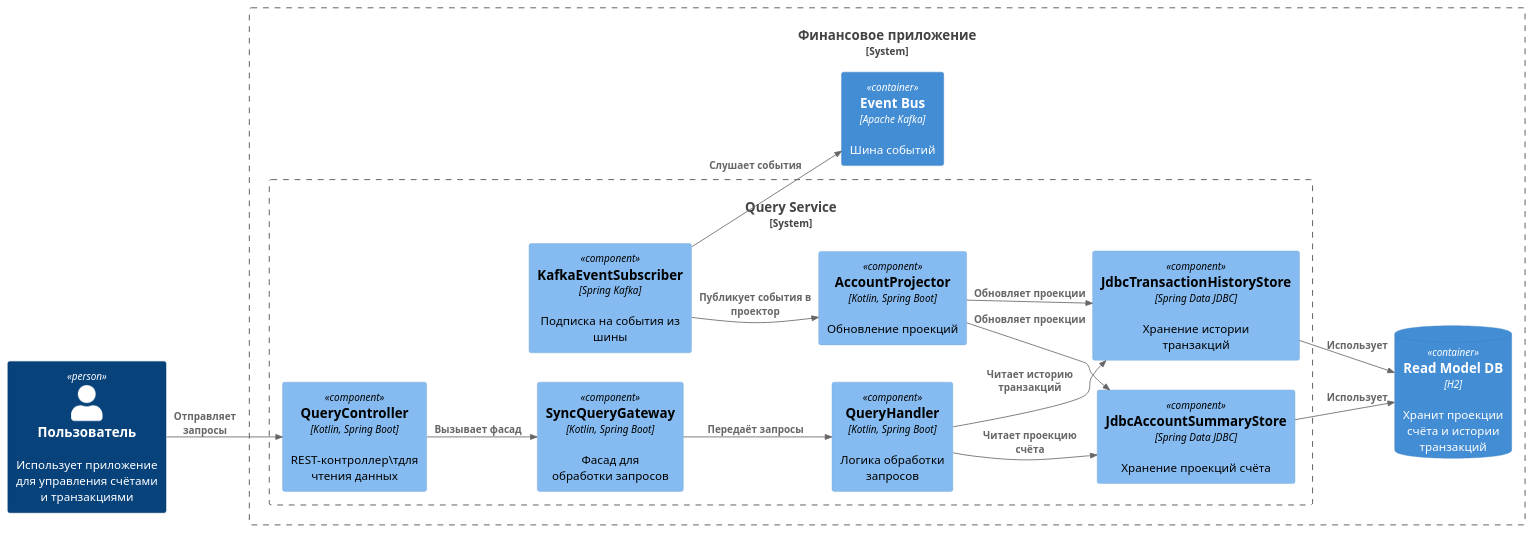
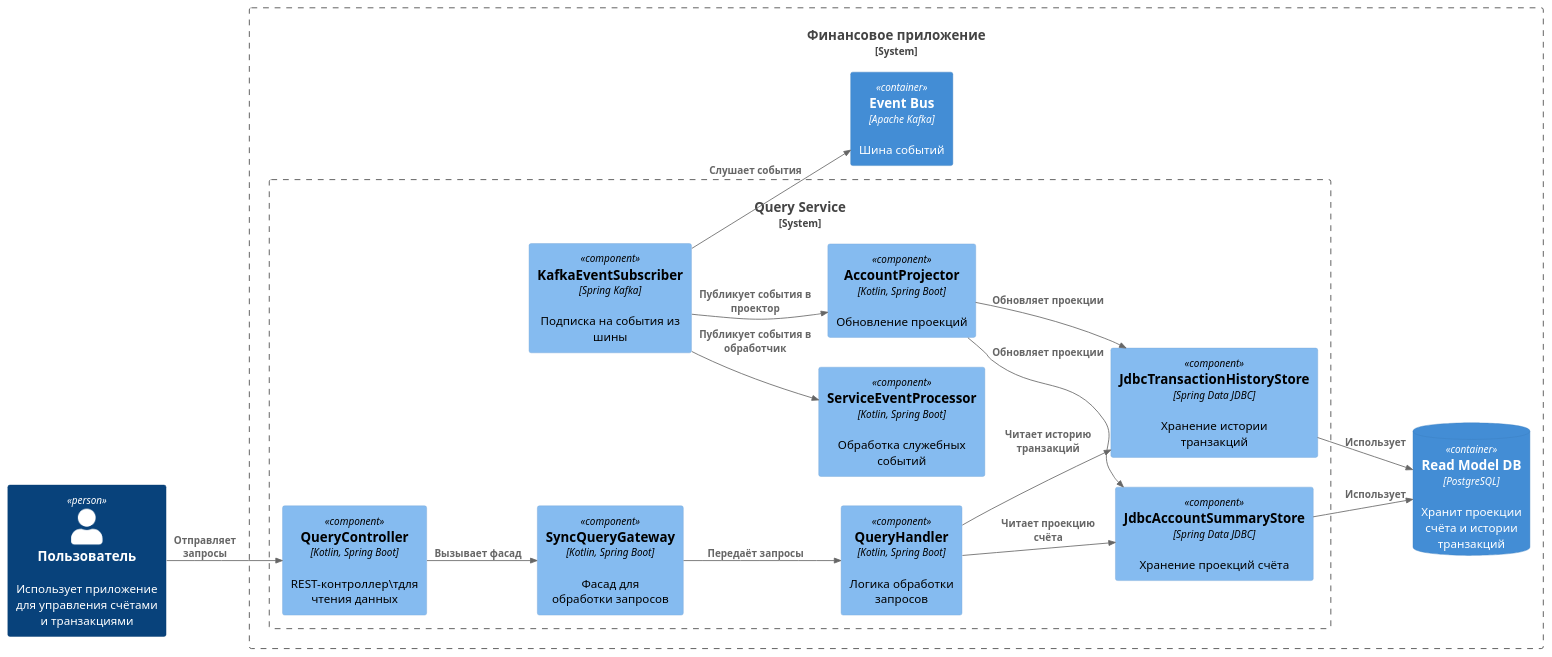
The diagram in docs/diagram/9-query-service-c4-component-diagram.plantuml (mayosen/finance-app), drawn with PlantUML before and after one commit. The commit also changed 3 other files, not shown here.

```diff
--- a/docs/diagram/9-query-service-c4-component-diagram.plantuml
+++ b/docs/diagram/9-query-service-c4-component-diagram.plantuml
@@ -1,34 +1,36 @@
 @startuml C4_Component
 !include https://raw.githubusercontent.com/plantuml-stdlib/C4-PlantUML/master/C4_Component.puml
 
 LAYOUT_LEFT_RIGHT()
 skinparam ranksep 10
 
 Person(user, "Пользователь", "Использует приложение\nдля управления счётами\nи транзакциями")
 
 System_Boundary(financeSystem, "Финансовое приложение") {
     System_Boundary(queryService, "Query Service") {
         Component(queryController, "QueryController", "Kotlin, Spring Boot", "REST-контроллер\тдля чтения данных")
         Component(queryGateway, "SyncQueryGateway", "Kotlin, Spring Boot", "Фасад для\nобработки запросов")
         Component(queryHandler, "QueryHandler", "Kotlin, Spring Boot", "Логика обработки\nзапросов")
         Component(accountSummaryStore, "JdbcAccountSummaryStore", "Spring Data JDBC", "Хранение проекций счёта")
         Component(transactionHistoryStore, "JdbcTransactionHistoryStore", "Spring Data JDBC", "Хранение истории транзакций")
         Component(eventSubscriber, "KafkaEventSubscriber", "Spring Kafka", "Подписка на события из шины")
         Component(accountProjector, "AccountProjector", "Kotlin, Spring Boot", "Обновление проекций")
+        Component(serviceEventProcessor, "ServiceEventProcessor", "Kotlin, Spring Boot", "Обработка служебных событий")
     }
-    ContainerDb(readModelDb, "Read Model DB", "H2", "Хранит проекции\nсчёта и истории\nтранзакций")
+    ContainerDb(readModelDb, "Read Model DB", "PostgreSQL", "Хранит проекции\nсчёта и истории\nтранзакций")
     Container(eventBus, "Event Bus", "Apache Kafka", "Шина событий")
 }
 
 Rel(user, queryController, "Отправляет\nзапросы")
 Rel(queryController, queryGateway, "Вызывает фасад")
 Rel(queryGateway, queryHandler, "Передаёт запросы")
 Rel(queryHandler, accountSummaryStore, "Читает проекцию счёта")
 Rel(queryHandler, transactionHistoryStore, "Читает историю транзакций")
 Rel(eventSubscriber, eventBus, "Слушает события")
 Rel(eventSubscriber, accountProjector, "Публикует события в проектор")
+Rel(eventSubscriber, serviceEventProcessor, "Публикует события в обработчик")
 Rel(accountProjector, accountSummaryStore, "Обновляет проекции")
 Rel(accountProjector, transactionHistoryStore, "Обновляет проекции")
 Rel(accountSummaryStore, readModelDb, "Использует")
 Rel(transactionHistoryStore, readModelDb, "Использует")
 @enduml
```
